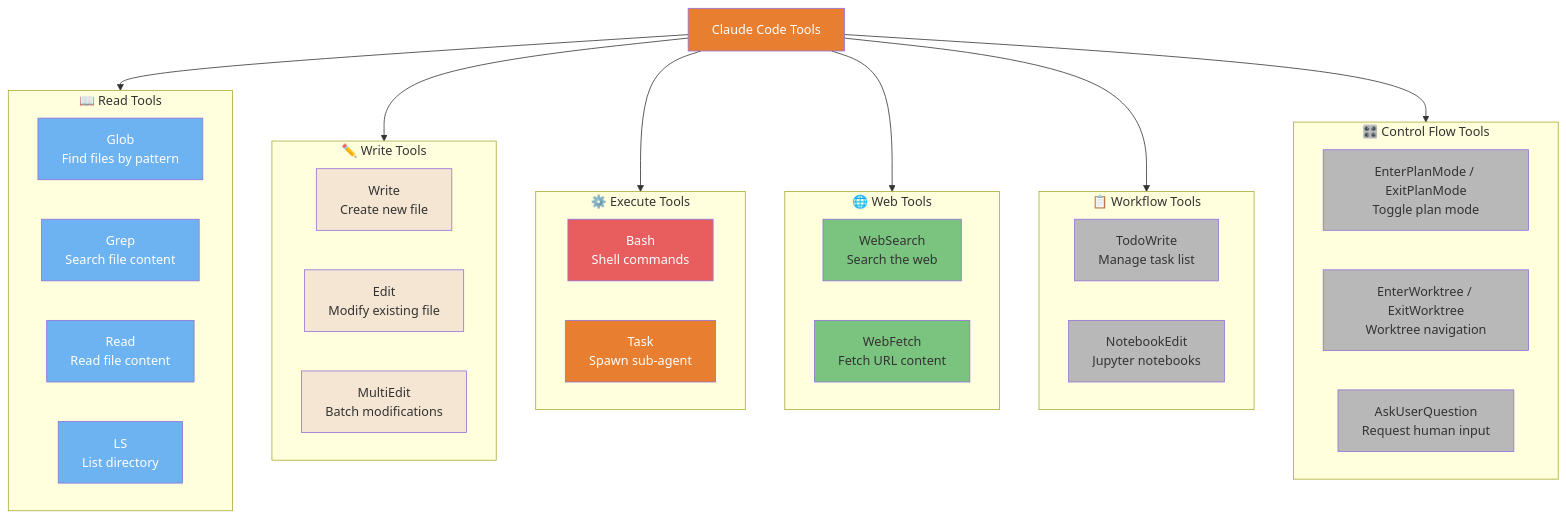
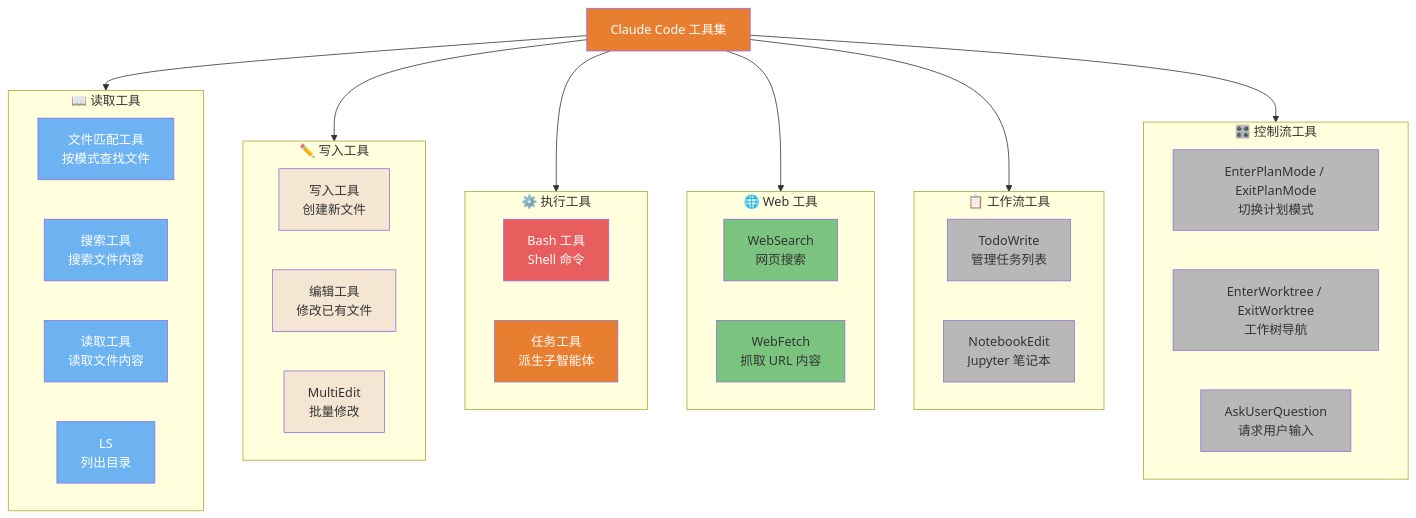
Before and after one commit to lawrencewzen/aispark-wiki: the second of 4 diagrams in claude-code/diagrams/04-architecture-internals.md, drawn with Mermaid. The commit also changed other lines of this file and 82 other files, not shown here.

First line of the commit message:
feat: 完成 claude-code/ 目录全量中文翻译

````diff
--- a/claude-code/diagrams/04-architecture-internals.md
+++ b/claude-code/diagrams/04-architecture-internals.md
@@ -92,80 +92,80 @@
 ```mermaid
 flowchart TD
-    ROOT["Claude Code Tools"] --> READ
+    ROOT["Claude Code 工具集"] --> READ
     ROOT --> WRITE
     ROOT --> EXECUTE
     ROOT --> WEB
     ROOT --> WORKFLOW
     ROOT --> CONTROL
 
-    subgraph READ["📖 Read Tools"]
-        R1[Glob<br/>Find files by pattern]
-        R2[Grep<br/>Search file content]
-        R3[Read<br/>Read file content]
-        R4[LS<br/>List directory]
+    subgraph READ["📖 读取工具"]
+        R1[文件匹配工具<br/>按模式查找文件]
+        R2[搜索工具<br/>搜索文件内容]
+        R3[读取工具<br/>读取文件内容]
+        R4[LS<br/>列出目录]
     end
 
-    subgraph WRITE["✏️ Write Tools"]
-        W1[Write<br/>Create new file]
-        W2[Edit<br/>Modify existing file]
-        W3[MultiEdit<br/>Batch modifications]
+    subgraph WRITE["✏️ 写入工具"]
+        W1[写入工具<br/>创建新文件]
+        W2[编辑工具<br/>修改已有文件]
+        W3[MultiEdit<br/>批量修改]
     end
 
-    subgraph EXECUTE["⚙️ Execute Tools"]
-        E1[Bash<br/>Shell commands]
-        E2[Task<br/>Spawn sub-agent]
+    subgraph EXECUTE["⚙️ 执行工具"]
+        E1[Bash 工具<br/>Shell 命令]
+        E2[任务工具<br/>派生子智能体]
     end
 
-    subgraph WEB["🌐 Web Tools"]
-        WB1[WebSearch<br/>Search the web]
-        WB2[WebFetch<br/>Fetch URL content]
+    subgraph WEB["🌐 Web 工具"]
+        WB1[WebSearch<br/>网页搜索]
+        WB2[WebFetch<br/>抓取 URL 内容]
     end
 
-    subgraph WORKFLOW["📋 Workflow Tools"]
-        WF1[TodoWrite<br/>Manage task list]
-        WF2[NotebookEdit<br/>Jupyter notebooks]
+    subgraph WORKFLOW["📋 工作流工具"]
+        WF1[TodoWrite<br/>管理任务列表]
+        WF2[NotebookEdit<br/>Jupyter 笔记本]
     end
 
-    subgraph CONTROL["🎛️ Control Flow Tools"]
-        CF1[EnterPlanMode / ExitPlanMode<br/>Toggle plan mode]
-        CF2[EnterWorktree / ExitWorktree<br/>Worktree navigation]
-        CF3[AskUserQuestion<br/>Request human input]
+    subgraph CONTROL["🎛️ 控制流工具"]
+        CF1[EnterPlanMode / ExitPlanMode<br/>切换计划模式]
+        CF2[EnterWorktree / ExitWorktree<br/>工作树导航]
+        CF3[AskUserQuestion<br/>请求用户输入]
     end
 
     style ROOT fill:#E87E2F,color:#fff
     style R1 fill:#6DB3F2,color:#fff
     style R2 fill:#6DB3F2,color:#fff
     style R3 fill:#6DB3F2,color:#fff
     style R4 fill:#6DB3F2,color:#fff
     style W1 fill:#F5E6D3,color:#333
     style W2 fill:#F5E6D3,color:#333
     style W3 fill:#F5E6D3,color:#333
     style E1 fill:#E85D5D,color:#fff
     style E2 fill:#E87E2F,color:#fff
     style WB1 fill:#7BC47F,color:#333
     style WB2 fill:#7BC47F,color:#333
     style WF1 fill:#B8B8B8,color:#333
     style WF2 fill:#B8B8B8,color:#333
     style CF1 fill:#B8B8B8,color:#333
     style CF2 fill:#B8B8B8,color:#333
     style CF3 fill:#B8B8B8,color:#333
 
-    click ROOT href "https://github.com/claude-code-ultimate-guide/claude-code-ultimate-guide/blob/main/guide/core/architecture.md#2-the-tool-arsenal" "Claude Code Tools"
-    click R1 href "https://github.com/claude-code-ultimate-guide/claude-code-ultimate-guide/blob/main/guide/core/architecture.md#2-the-tool-arsenal" "Glob — Find files by pattern"
-    click R2 href "https://github.com/claude-code-ultimate-guide/claude-code-ultimate-guide/blob/main/guide/core/architecture.md#2-the-tool-arsenal" "Grep — Search file content"
-    click R3 href "https://github.com/claude-code-ultimate-guide/claude-code-ultimate-guide/blob/main/guide/core/architecture.md#2-the-tool-arsenal" "Read — Read file content"
-    click R4 href "https://github.com/claude-code-ultimate-guide/claude-code-ultimate-guide/blob/main/guide/core/architecture.md#2-the-tool-arsenal" "LS — List directory"
-    click W1 href "https://github.com/claude-code-ultimate-guide/claude-code-ultimate-guide/blob/main/guide/core/architecture.md#2-the-tool-arsenal" "Write — Create new file"
-    click W2 href "https://github.com/claude-code-ultimate-guide/claude-code-ultimate-guide/blob/main/guide/core/architecture.md#2-the-tool-arsenal" "Edit — Modify existing file"
-    click W3 href "https://github.com/claude-code-ultimate-guide/claude-code-ultimate-guide/blob/main/guide/core/architecture.md#2-the-tool-arsenal" "MultiEdit — Batch modifications"
-    click E1 href "https://github.com/claude-code-ultimate-guide/claude-code-ultimate-guide/blob/main/guide/core/architecture.md#2-the-tool-arsenal" "Bash — Shell commands"
-    click E2 href "https://github.com/claude-code-ultimate-guide/claude-code-ultimate-guide/blob/main/guide/ultimate-guide.md#41-what-are-agents" "Task — Spawn sub-agent"
+    click ROOT href "https://github.com/claude-code-ultimate-guide/claude-code-ultimate-guide/blob/main/guide/core/architecture.md#2-the-tool-arsenal" "Claude Code 工具集"
+    click R1 href "https://github.com/claude-code-ultimate-guide/claude-code-ultimate-guide/blob/main/guide/core/architecture.md#2-the-tool-arsenal" "文件匹配工具 — 按模式查找文件"
+    click R2 href "https://github.com/claude-code-ultimate-guide/claude-code-ultimate-guide/blob/main/guide/core/architecture.md#2-the-tool-arsenal" "搜索工具 — 搜索文件内容"
+    click R3 href "https://github.com/claude-code-ultimate-guide/claude-code-ultimate-guide/blob/main/guide/core/architecture.md#2-the-tool-arsenal" "读取工具 — 读取文件内容"
+    click R4 href "https://github.com/claude-code-ultimate-guide/claude-code-ultimate-guide/blob/main/guide/core/architecture.md#2-the-tool-arsenal" "LS — 列出目录"
+    click W1 href "https://github.com/claude-code-ultimate-guide/claude-code-ultimate-guide/blob/main/guide/core/architecture.md#2-the-tool-arsenal" "写入工具 — 创建新文件"
+    click W2 href "https://github.com/claude-code-ultimate-guide/claude-code-ultimate-guide/blob/main/guide/core/architecture.md#2-the-tool-arsenal" "编辑工具 — 修改已有文件"
+    click W3 href "https://github.com/claude-code-ultimate-guide/claude-code-ultimate-guide/blob/main/guide/core/architecture.md#2-the-tool-arsenal" "MultiEdit — 批量修改"
+    click E1 href "https://github.com/claude-code-ultimate-guide/claude-code-ultimate-guide/blob/main/guide/core/architecture.md#2-the-tool-arsenal" "Bash 工具 — Shell 命令"
+    click E2 href "https://github.com/claude-code-ultimate-guide/claude-code-ultimate-guide/blob/main/guide/ultimate-guide.md#41-what-are-agents" "任务工具 — 派生子智能体"
     click WB1 href "https://github.com/claude-code-ultimate-guide/claude-code-ultimate-guide/blob/main/guide/core/architecture.md#2-the-tool-arsenal" "WebSearch"
     click WB2 href "https://github.com/claude-code-ultimate-guide/claude-code-ultimate-guide/blob/main/guide/core/architecture.md#2-the-tool-arsenal" "WebFetch"
-    click WF1 href "https://github.com/claude-code-ultimate-guide/claude-code-ultimate-guide/blob/main/guide/core/architecture.md#2-the-tool-arsenal" "TodoWrite — Task list"
+    click WF1 href "https://github.com/claude-code-ultimate-guide/claude-code-ultimate-guide/blob/main/guide/core/architecture.md#2-the-tool-arsenal" "TodoWrite — 任务列表"
     click WF2 href "https://github.com/claude-code-ultimate-guide/claude-code-ultimate-guide/blob/main/guide/core/architecture.md#2-the-tool-arsenal" "NotebookEdit — Jupyter"
-    click CONTROL href "https://github.com/claude-code-ultimate-guide/claude-code-ultimate-guide/blob/main/guide/core/architecture.md#2-the-tool-arsenal" "Control Flow Tools"
+    click CONTROL href "https://github.com/claude-code-ultimate-guide/claude-code-ultimate-guide/blob/main/guide/core/architecture.md#2-the-tool-arsenal" "控制流工具"
     click CF1 href "https://github.com/claude-code-ultimate-guide/claude-code-ultimate-guide/blob/main/guide/core/architecture.md#2-the-tool-arsenal" "EnterPlanMode / ExitPlanMode"
     click CF2 href "https://github.com/claude-code-ultimate-guide/claude-code-ultimate-guide/blob/main/guide/core/architecture.md#2-the-tool-arsenal" "EnterWorktree / ExitWorktree"
     click CF3 href "https://github.com/claude-code-ultimate-guide/claude-code-ultimate-guide/blob/main/guide/core/architecture.md#2-the-tool-arsenal" "AskUserQuestion"
 ```
````
